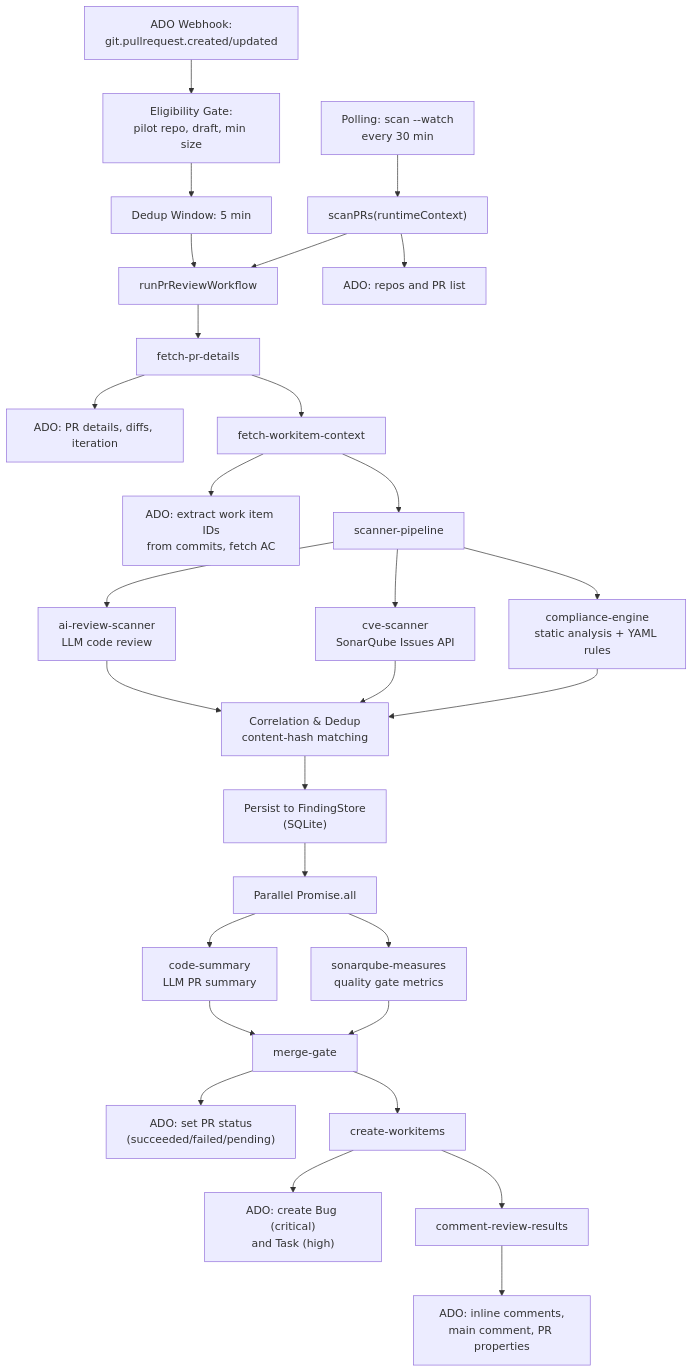
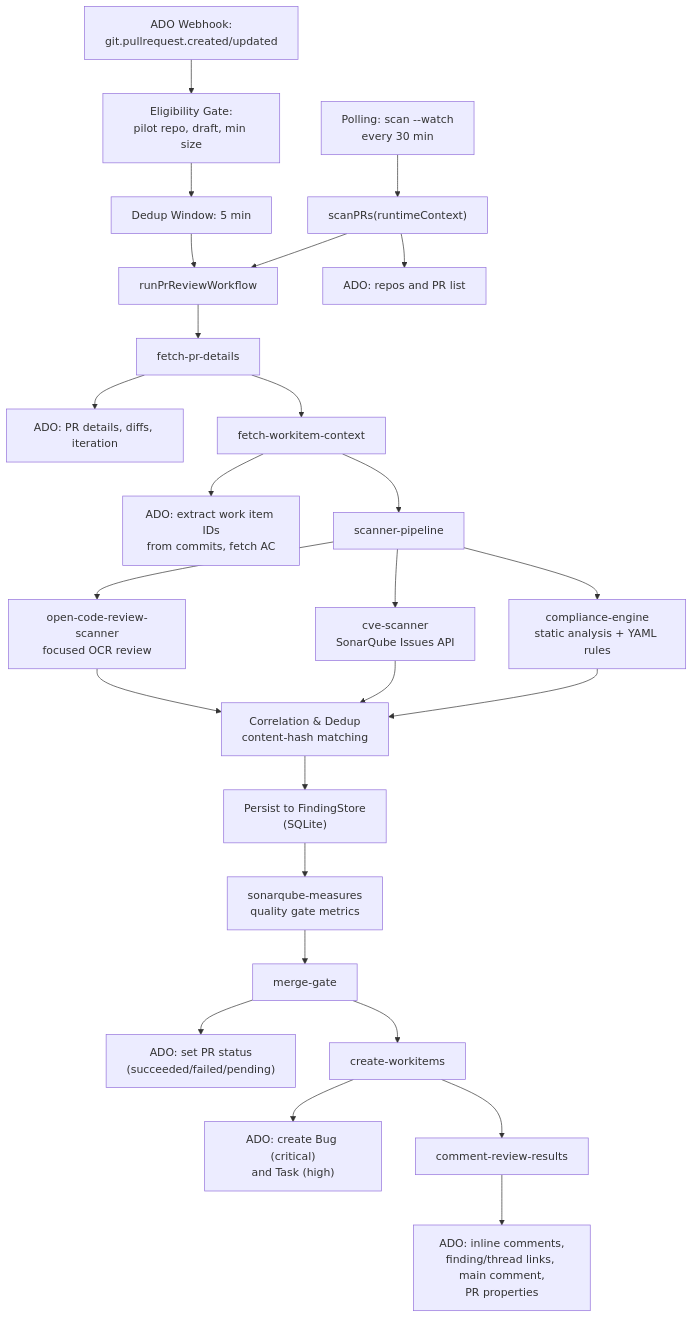
Before and after one commit to lushevol/code-review-agent: the diagram in agents/ratan-code-review-agent/docs/RUNTIME_ARCHITECTURE.md, drawn with Mermaid. The commit also changed other lines of this file and 4 other files, not shown here.

````diff
--- a/agents/ratan-code-review-agent/docs/RUNTIME_ARCHITECTURE.md
+++ b/agents/ratan-code-review-agent/docs/RUNTIME_ARCHITECTURE.md
@@ -5,38 +5,34 @@
 ```mermaid
 flowchart TD
     Webhook["ADO Webhook:<br/>git.pullrequest.created/updated"] --> Eligibility["Eligibility Gate:<br/>pilot repo, draft, min size"]
     Eligibility --> Dedup["Dedup Window: 5 min"]
     Dedup --> WorkflowRun["runPrReviewWorkflow"]
 
     Polling["Polling: scan --watch<br/>every 30 min"] --> PRScan["scanPRs(runtimeContext)"]
     PRScan --> ADOList["ADO: repos and PR list"]
     PRScan --> WorkflowRun
 
     WorkflowRun --> FetchPR["fetch-pr-details"]
     FetchPR --> ADOFetch["ADO: PR details, diffs, iteration"]
     FetchPR --> FetchWIC["fetch-workitem-context"]
     FetchWIC --> ADOWI["ADO: extract work item IDs<br/>from commits, fetch AC"]
 
     FetchWIC --> Scanners["scanner-pipeline"]
-    Scanners --> AIReview["ai-review-scanner<br/>LLM code review"]
+    Scanners --> AIReview["open-code-review-scanner<br/>focused OCR review"]
     Scanners --> CVE["cve-scanner<br/>SonarQube Issues API"]
     Scanners --> Compliance["compliance-engine<br/>static analysis + YAML rules"]
     AIReview --> Correlate["Correlation & Dedup<br/>content-hash matching"]
     CVE --> Correlate
     Compliance --> Correlate
     Correlate --> Persist["Persist to FindingStore<br/>(SQLite)"]
+    Persist --> Sonar["sonarqube-measures<br/>quality gate metrics"]
 
-    Persist --> Para["Parallel Promise.all"]
-    Para --> Summary["code-summary<br/>LLM PR summary"]
-    Para --> Sonar["sonarqube-measures<br/>quality gate metrics"]
-
-    Summary --> MergeGate["merge-gate"]
-    Sonar --> MergeGate
+    Sonar --> MergeGate["merge-gate"]
     MergeGate --> ADOStatus["ADO: set PR status<br/>(succeeded/failed/pending)"]
 
     MergeGate --> WorkItems["create-workitems"]
     WorkItems --> ADOWI2["ADO: create Bug (critical)<br/>and Task (high)"]
 
     WorkItems --> Comment["comment-review-results"]
-    Comment --> ADOWrite["ADO: inline comments,<br/>main comment, PR properties"]
+    Comment --> ADOWrite["ADO: inline comments,<br/>finding/thread links, main comment,<br/>PR properties"]
 ```
````
